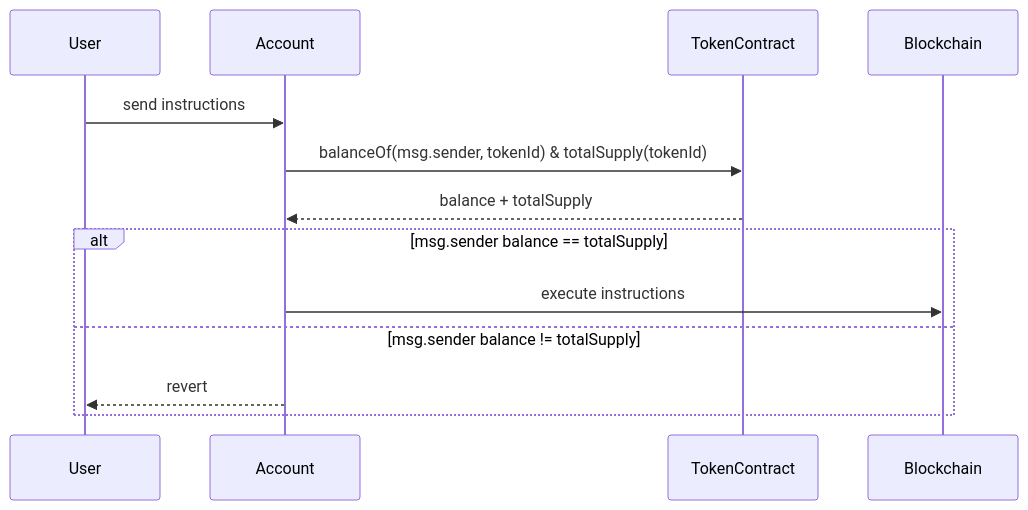
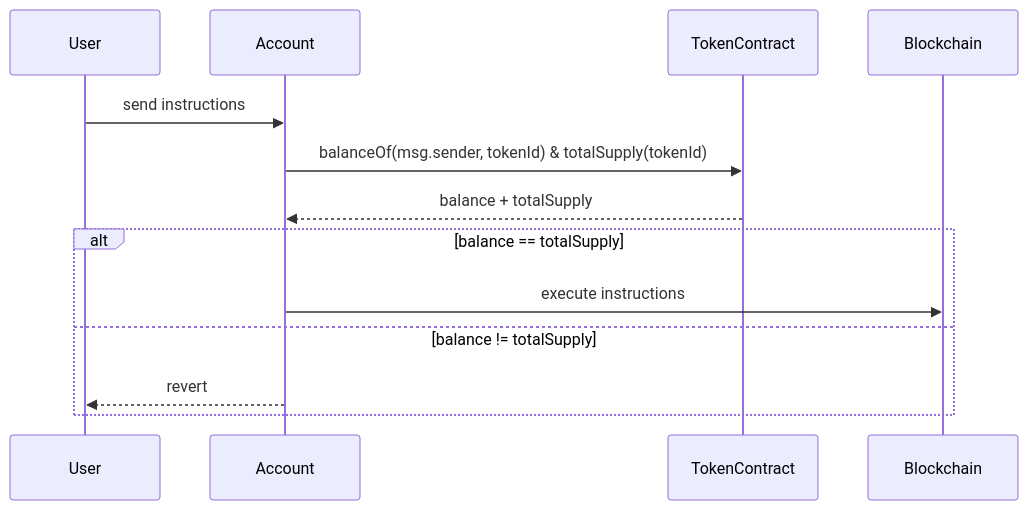
One commit to vechain-energy/example-token-bound-accounts changed the third of 3 diagrams in README.md. Above: the diagram before and after it, drawn with Mermaid.

Commit message:
Simplify diagrams

````diff
--- a/README.md
+++ b/README.md
@@ -72,13 +72,13 @@
 ```mermaid
 sequenceDiagram
     User->>Account: send instructions
 
     Account->>TokenContract: balanceOf(msg.sender, tokenId) & totalSupply(tokenId)
     TokenContract-->>Account: balance + totalSupply
 
-    alt msg.sender balance == totalSupply
+    alt balance == totalSupply
       Account->>Blockchain: execute instructions
-    else msg.sender balance != totalSupply
+    else balance != totalSupply
       Account-->>User: revert
     end
 ```
````
